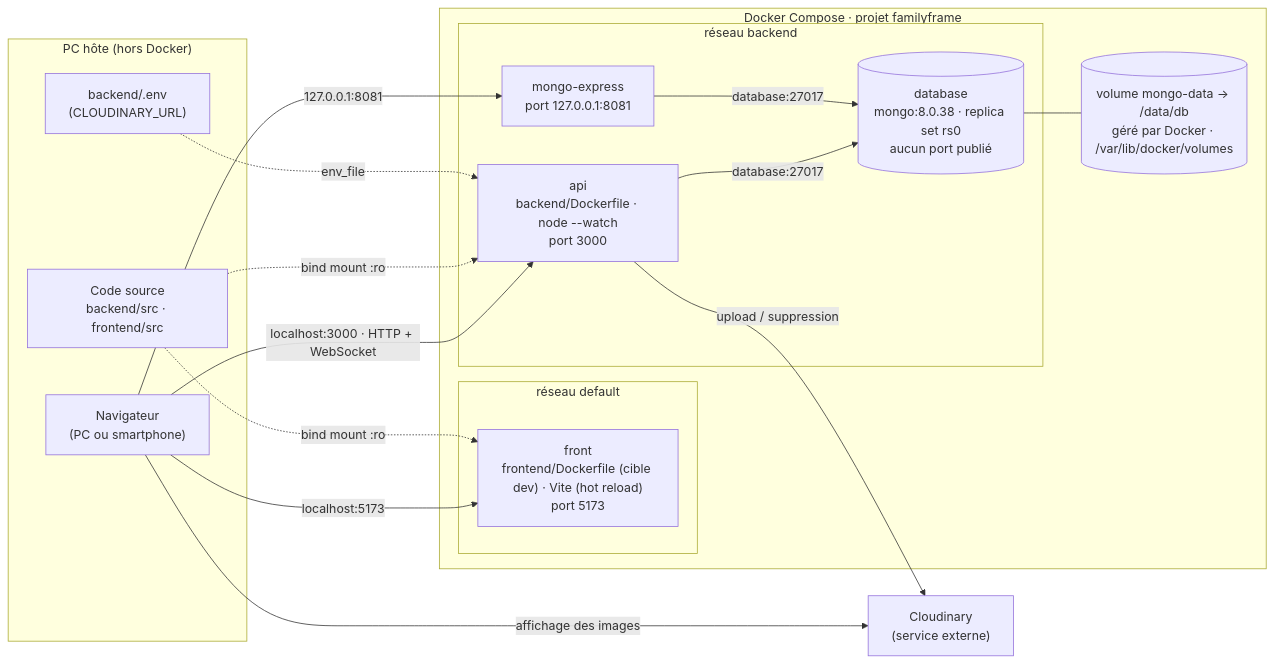
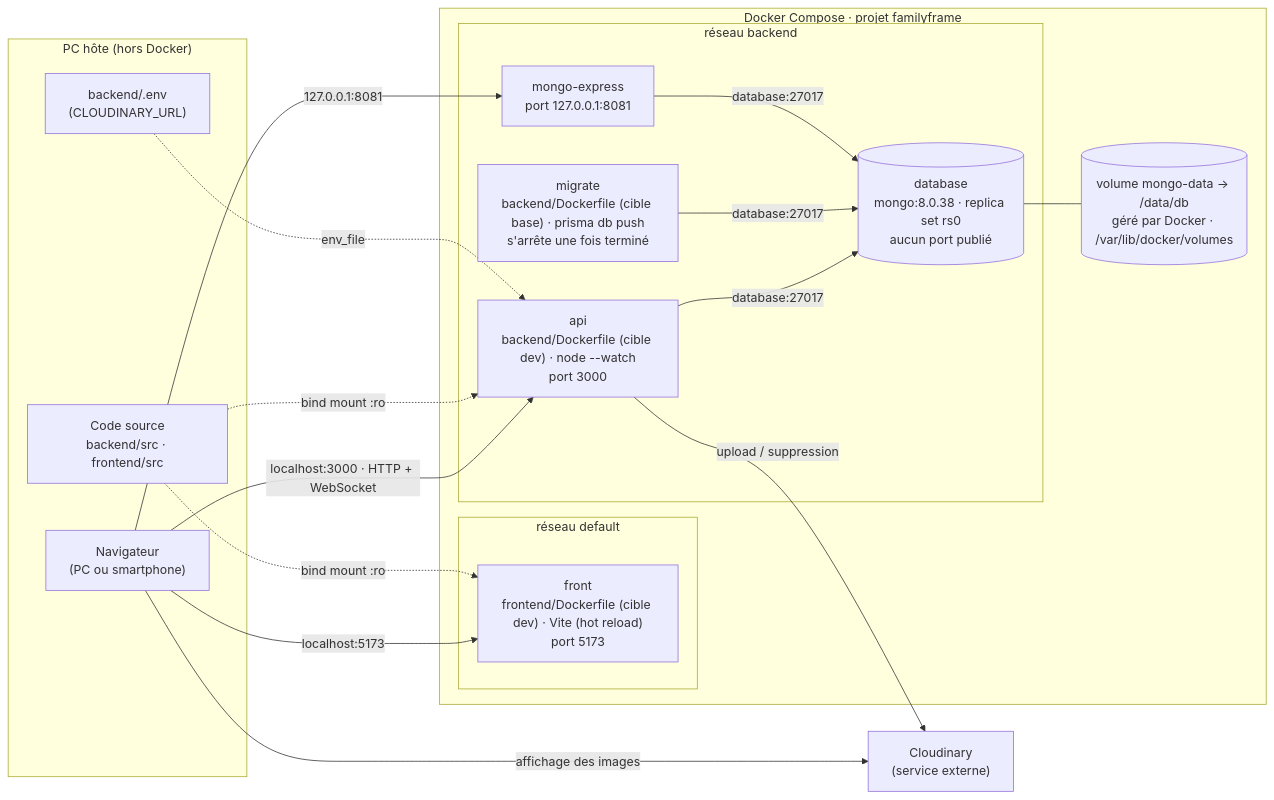
The first of 2 diagrams in ARCHITECTURE.md (SIMPLON-DIST-CDA-260316/familyFrame-Jordan), drawn with Mermaid before and after one commit. The commit also changed other lines of this file and 4 other files, not shown here.

Commit message:
feat(T18): build multi-stage de l'API sans root et service migrate pour le schéma Prisma

````diff
--- a/ARCHITECTURE.md
+++ b/ARCHITECTURE.md
@@ -14,34 +14,36 @@
 ```mermaid
 flowchart LR
   subgraph host["PC hôte (hors Docker)"]
     browser["Navigateur<br/>(PC ou smartphone)"]
     src["Code source<br/>backend/src · frontend/src"]
     envfile["backend/.env<br/>(CLOUDINARY_URL)"]
   end
 
   subgraph compose["Docker Compose · projet familyframe"]
     subgraph netdefault["réseau default"]
       front["front<br/>frontend/Dockerfile (cible dev) · Vite (hot reload)<br/>port 5173"]
     end
     subgraph netbackend["réseau backend"]
-      api["api<br/>backend/Dockerfile · node --watch<br/>port 3000"]
+      api["api<br/>backend/Dockerfile (cible dev) · node --watch<br/>port 3000"]
+      migrate["migrate<br/>backend/Dockerfile (cible base) · prisma db push<br/>s'arrête une fois terminé"]
       database[("database<br/>mongo:8.0.38 · replica set rs0<br/>aucun port publié")]
       mongoexpress["mongo-express<br/>port 127.0.0.1:8081"]
     end
     vol[("volume mongo-data → /data/db<br/>géré par Docker · /var/lib/docker/volumes")]
   end
 
   cloudinary["Cloudinary<br/>(service externe)"]
 
   browser -- "localhost:5173" --> front
   browser -- "localhost:3000 · HTTP + WebSocket" --> api
   browser -- "127.0.0.1:8081" --> mongoexpress
   api -- "database:27017" --> database
+  migrate -- "database:27017" --> database
   mongoexpress -- "database:27017" --> database
   database --- vol
   api -- "upload / suppression" --> cloudinary
   browser -- "affichage des images" --> cloudinary
   src -. "bind mount :ro" .-> api
   src -. "bind mount :ro" .-> front
   envfile -. "env_file" .-> api
 ```
````
